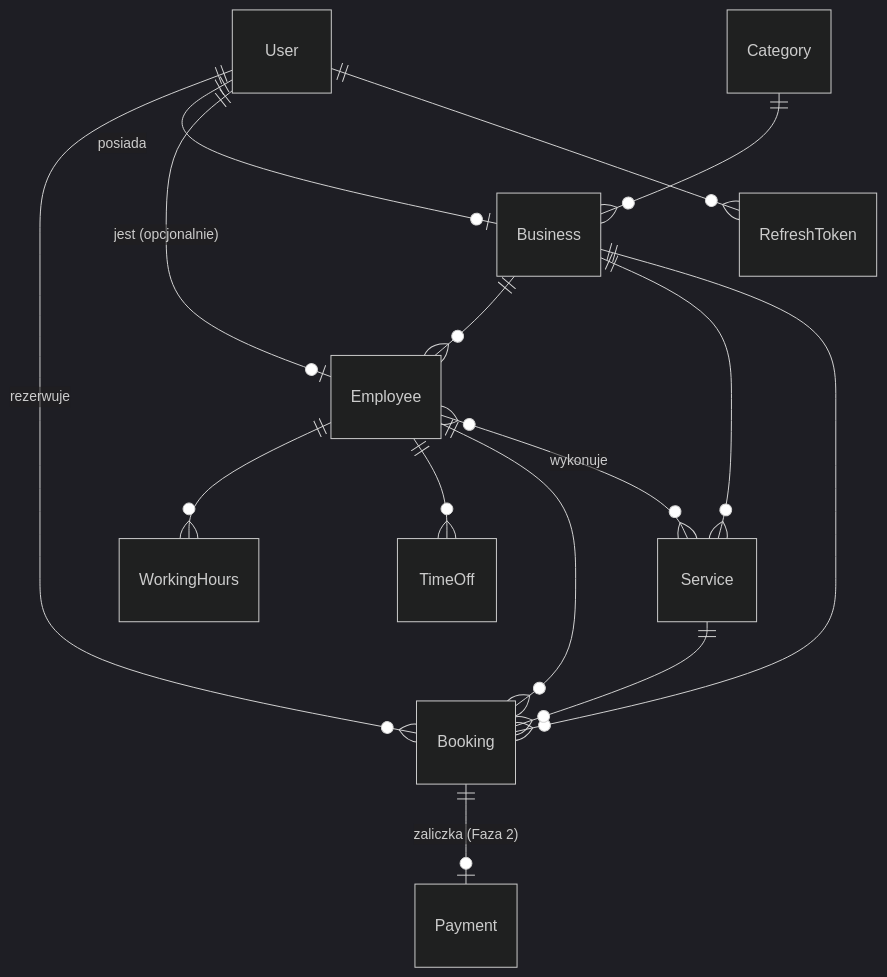
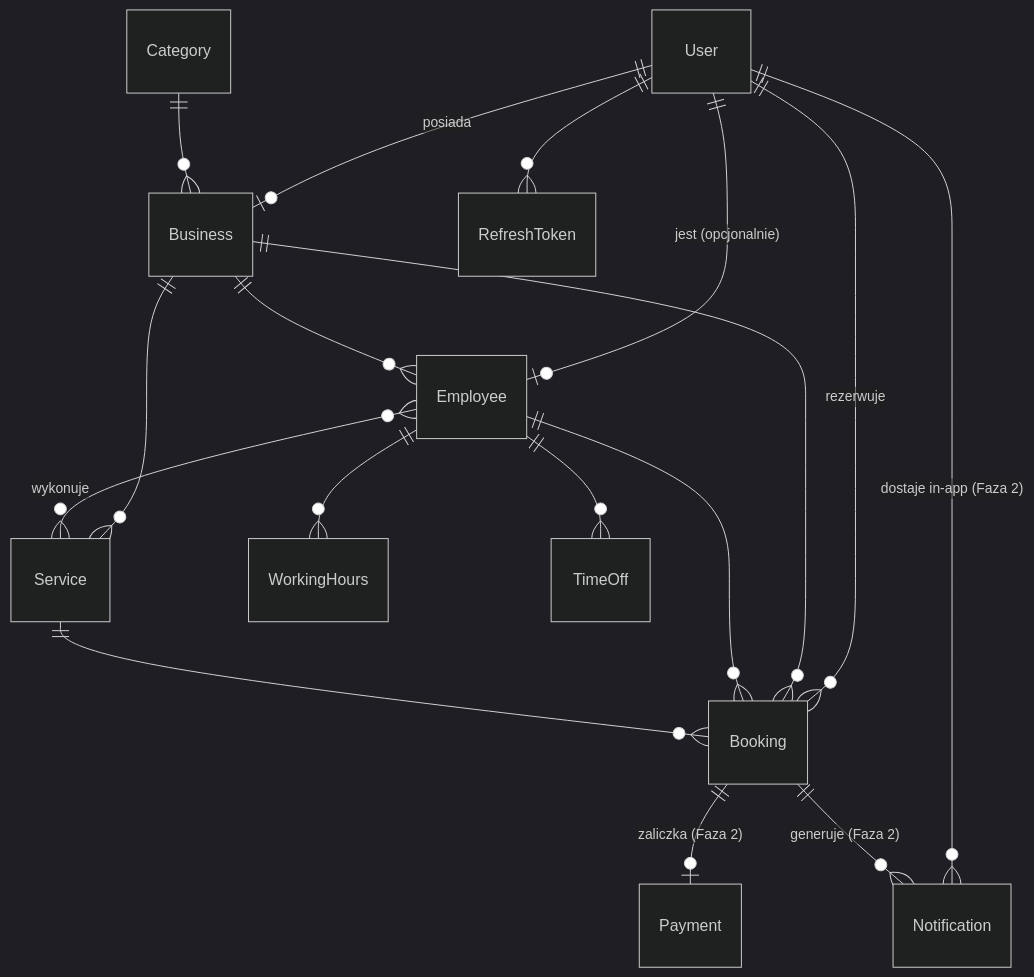
Before and after one commit to whit33y/bookit: the first of 2 diagrams in docs/SDD.md, drawn with Mermaid (dark theme). The commit also changed other lines of this file and 32 other files, not shown here.

````diff
--- a/docs/SDD.md
+++ b/docs/SDD.md
@@ -102,17 +102,19 @@
 ```mermaid
 erDiagram
     User ||--o{ Booking : "rezerwuje"
     User ||--o| Business : "posiada"
     User ||--o| Employee : "jest (opcjonalnie)"
     User ||--o{ RefreshToken : ""
     Category ||--o{ Business : ""
     Business ||--o{ Employee : ""
     Business ||--o{ Service : ""
     Business ||--o{ Booking : ""
     Employee ||--o{ WorkingHours : ""
     Employee ||--o{ TimeOff : ""
     Employee ||--o{ Booking : ""
     Service ||--o{ Booking : ""
     Employee }o--o{ Service : "wykonuje"
     Booking ||--o| Payment : "zaliczka (Faza 2)"
+    User ||--o{ Notification : "dostaje in-app (Faza 2)"
+    Booking ||--o{ Notification : "generuje (Faza 2)"
 ```
````
